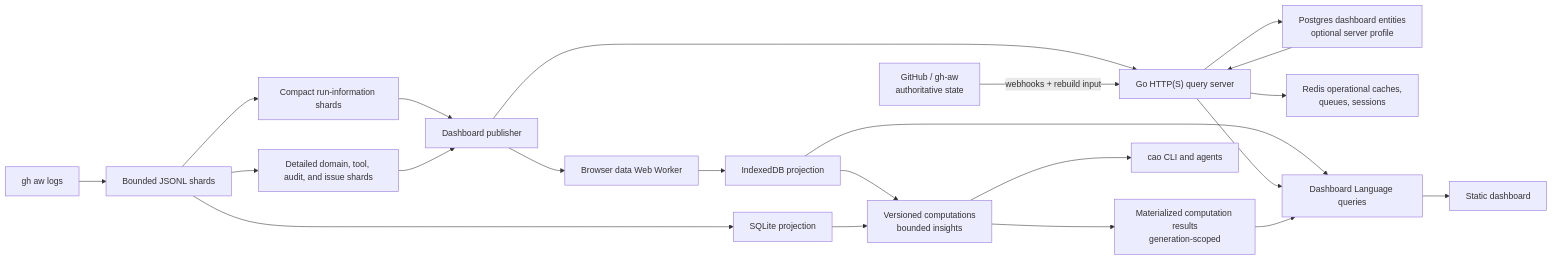
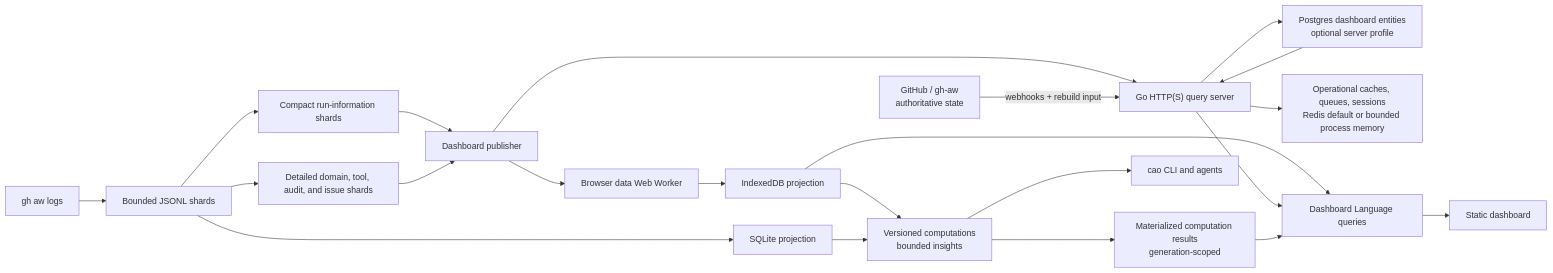
Before and after one commit to githubnext/gh-aw-cao: the second of 2 diagrams in ARCHITECTURE.md, drawn with Mermaid. The commit also changed other lines of this file and 95 other files, not shown here.

````diff
--- a/ARCHITECTURE.md
+++ b/ARCHITECTURE.md
@@ -70,37 +70,37 @@
 ```mermaid
 flowchart LR
     Logs["gh aw logs"]
     Shards["Bounded JSONL shards"]
     Runs["Compact run-information shards"]
     Records["Detailed domain, tool, audit, and issue shards"]
     SQLite["SQLite projection"]
     Publisher["Dashboard publisher"]
     Worker["Browser data Web Worker"]
     IndexedDB["IndexedDB projection"]
     Postgres["Postgres dashboard entities<br/>optional server profile"]
-    Redis["Redis operational caches,<br/>queues, sessions"]
+    Redis["Operational caches, queues, sessions<br/>Redis default or bounded process memory"]
     Query["Dashboard Language queries"]
     GoServer["Go HTTP(S) query server"]
     GitHub["GitHub / gh-aw<br/>authoritative state"]
     Compute["Versioned computations<br/>bounded insights"]
     Results["Materialized computation results<br/>generation-scoped"]
     UI["Static dashboard"]
     CLI["cao CLI and agents"]
 
     Logs --> Shards
     Shards --> SQLite
     Shards --> Runs
     Shards --> Records
     Runs --> Publisher
     Records --> Publisher --> Worker
     Worker --> IndexedDB
     IndexedDB --> Query
     Publisher --> GoServer --> Postgres
     GitHub -->|"webhooks + rebuild input"| GoServer
     GoServer --> Redis
     Postgres --> GoServer --> Query
     IndexedDB --> Compute --> Results --> Query
     SQLite --> Compute
     Query --> UI
     Compute --> CLI
 ```
````
